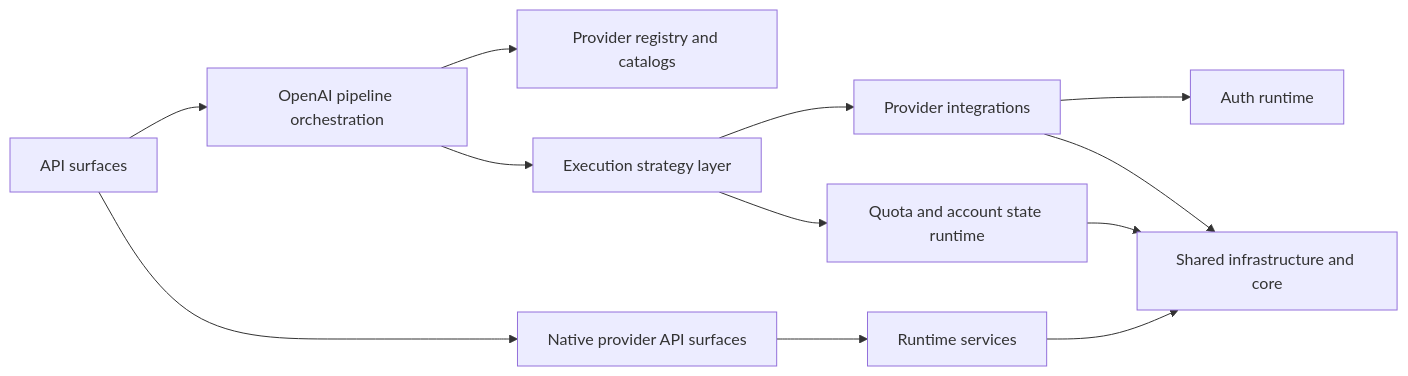
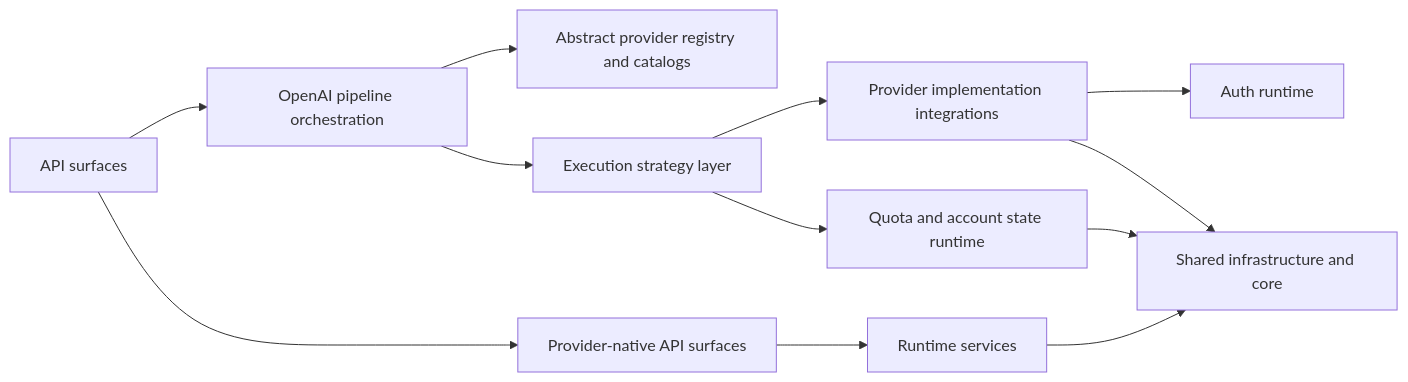
Before and after one commit to cyber-platform/llm_agent_platform: the diagram in docs/architecture/component-view.md, drawn with Mermaid. The commit also changed other lines of this file and 22 other files, not shown here.

````diff
--- a/docs/architecture/component-view.md
+++ b/docs/architecture/component-view.md
@@ -23,14 +23,14 @@
 ```mermaid
 flowchart LR
   Routes[API surfaces] --> Pipeline[OpenAI pipeline orchestration]
-  Routes --> Native[Native provider API surfaces]
-  Pipeline --> Registry[Provider registry and catalogs]
+  Routes --> Native[Provider-native API surfaces]
+  Pipeline --> Registry[Abstract provider registry and catalogs]
   Pipeline --> Strategy[Execution strategy layer]
-  Strategy --> Providers[Provider integrations]
+  Strategy --> Providers[Provider implementation integrations]
   Strategy --> State[Quota and account state runtime]
   Providers --> Auth[Auth runtime]
   Providers --> Infra[Shared infrastructure and core]
   Native --> Services[Runtime services]
   Services --> Infra
   State --> Infra
 ```
````
